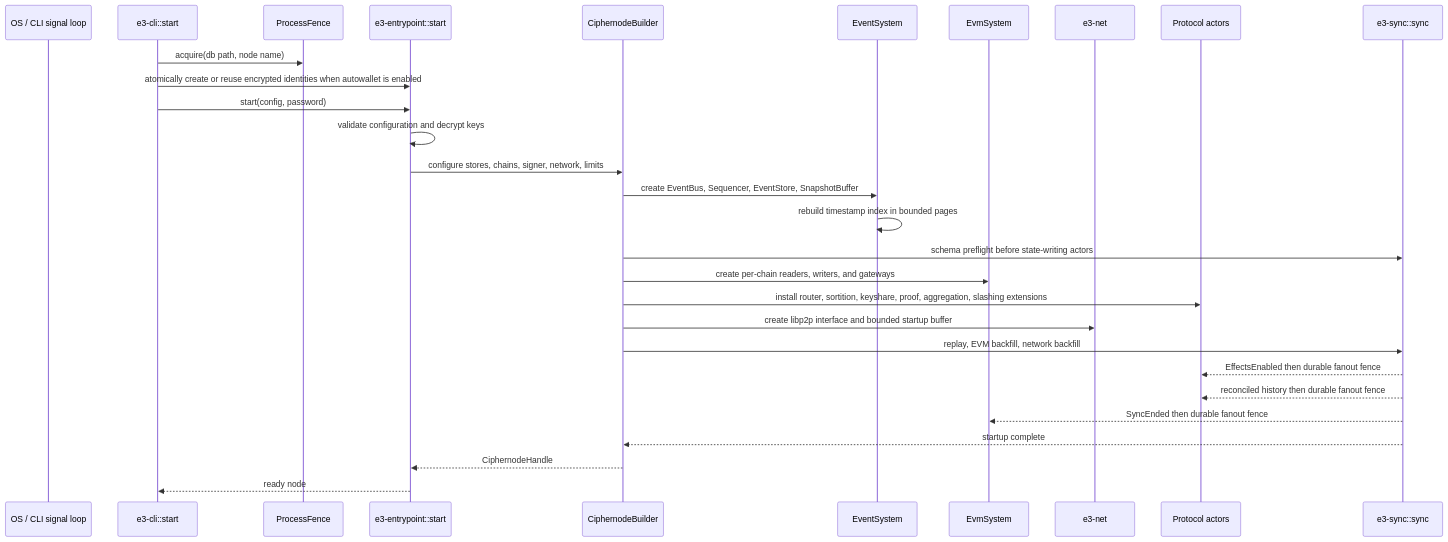
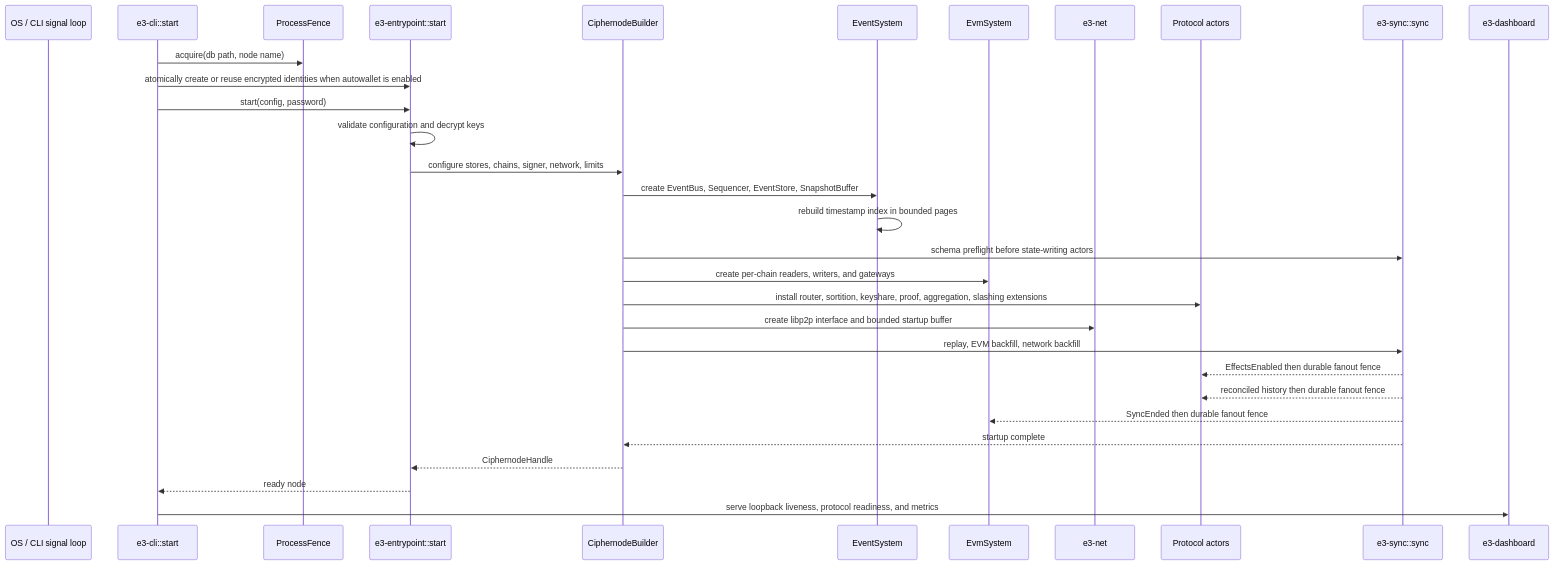
The third of 16 diagrams in agent/CRATES_ARCHITECTURE.md (gnosisguild/interfold), drawn with Mermaid before and after one commit. The commit also changed other lines of this file and 39 other files, not shown here.

Commit message:
feat(ops): gate protocol readiness on live state (M-05)

````diff
--- a/agent/CRATES_ARCHITECTURE.md
+++ b/agent/CRATES_ARCHITECTURE.md
@@ -208,32 +208,34 @@
 ```mermaid
 sequenceDiagram
     participant OS as OS / CLI signal loop
     participant CLI as e3-cli::start
     participant Fence as ProcessFence
     participant EP as e3-entrypoint::start
     participant B as CiphernodeBuilder
     participant ES as EventSystem
     participant EV as EvmSystem
     participant NET as e3-net
     participant P as Protocol actors
     participant SYNC as e3-sync::sync
+    participant Dash as e3-dashboard
 
     CLI->>Fence: acquire(db path, node name)
     CLI->>EP: atomically create or reuse encrypted identities when autowallet is enabled
     CLI->>EP: start(config, password)
     EP->>EP: validate configuration and decrypt keys
     EP->>B: configure stores, chains, signer, network, limits
     B->>ES: create EventBus, Sequencer, EventStore, SnapshotBuffer
     ES->>ES: rebuild timestamp index in bounded pages
     B->>SYNC: schema preflight before state-writing actors
     B->>EV: create per-chain readers, writers, and gateways
     B->>P: install router, sortition, keyshare, proof, aggregation, slashing extensions
     B->>NET: create libp2p interface and bounded startup buffer
     B->>SYNC: replay, EVM backfill, network backfill
     SYNC-->>P: EffectsEnabled then durable fanout fence
     SYNC-->>P: reconciled history then durable fanout fence
     SYNC-->>EV: SyncEnded then durable fanout fence
     SYNC-->>B: startup complete
     B-->>EP: CiphernodeHandle
     EP-->>CLI: ready node
+    CLI->>Dash: serve loopback liveness, protocol readiness, and metrics
 ```
````
